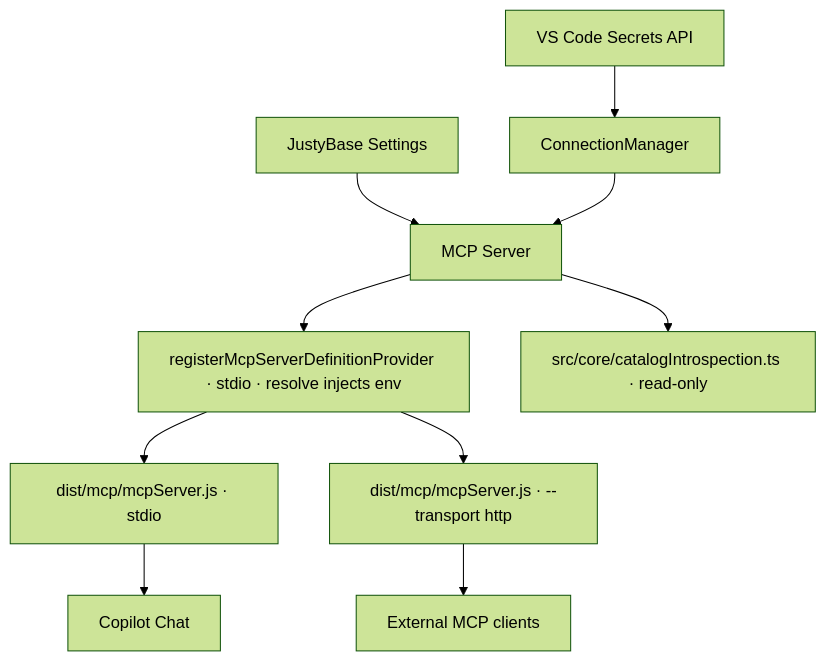
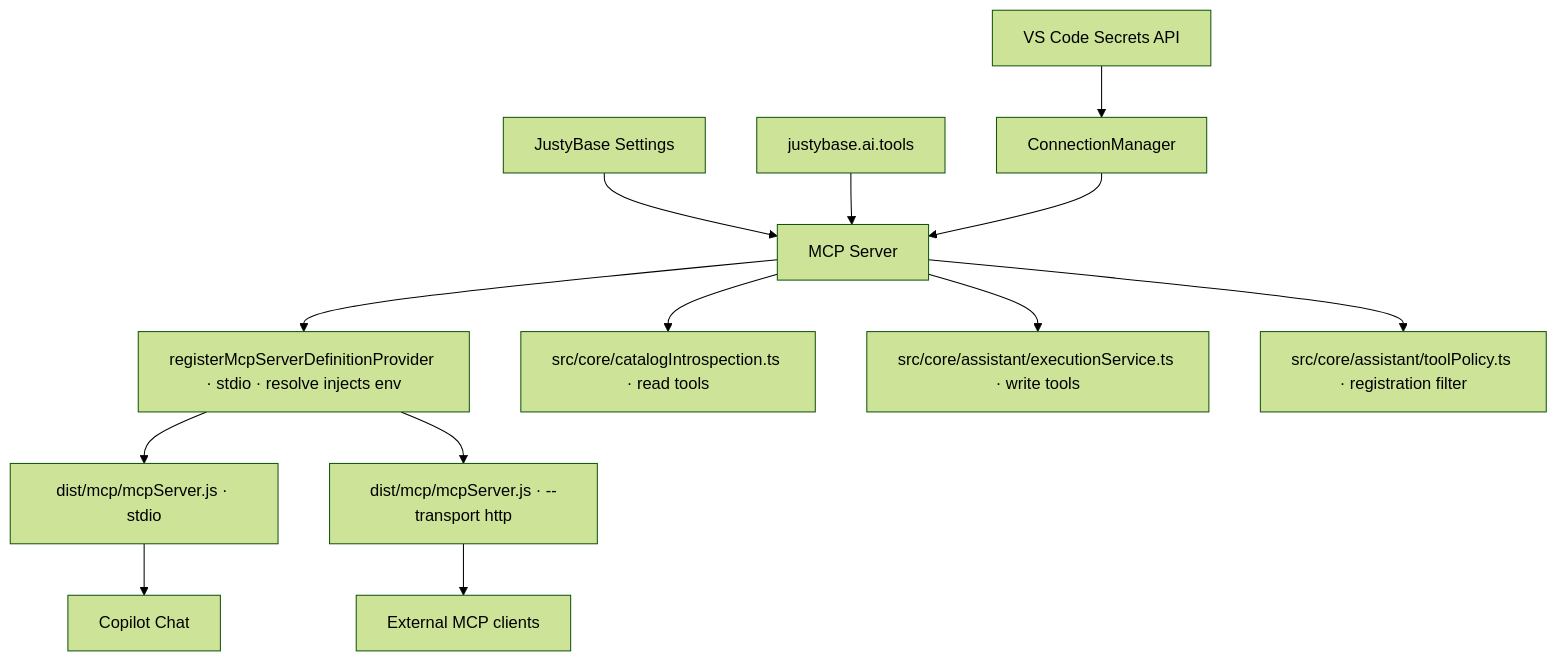
Before and after one commit to justybase/justybase-vscode: the diagram in docs/MCP_SERVER.md, drawn with Mermaid (forest theme). The commit also changed other lines of this file and 83 other files, not shown here.

Commit message:
feat(assistant): unify Copilot and MCP tool access

````diff
--- a/docs/MCP_SERVER.md
+++ b/docs/MCP_SERVER.md
@@ -162,12 +198,15 @@
 ```mermaid
 flowchart TD
     Secrets[VS Code Secrets API] --> CM[ConnectionManager]
     Settings[JustyBase Settings] --> Server[MCP Server]
+    Access[justybase.ai.tools] --> Server
     CM --> Server
     Server --> Provider[registerMcpServerDefinitionProvider · stdio · resolve injects env]
     Provider --> Stdin[dist/mcp/mcpServer.js · stdio]
     Provider --> Http[dist/mcp/mcpServer.js · --transport http]
     Stdin --> Copilot[Copilot Chat]
     Http --> Clients[External MCP clients]
-    Server --> Introspection[src/core/catalogIntrospection.ts · read-only]
+    Server --> Introspection[src/core/catalogIntrospection.ts · read tools]
+    Server --> Execution[src/core/assistant/executionService.ts · write tools]
+    Server --> Policy[src/core/assistant/toolPolicy.ts · registration filter]
 ```
````
